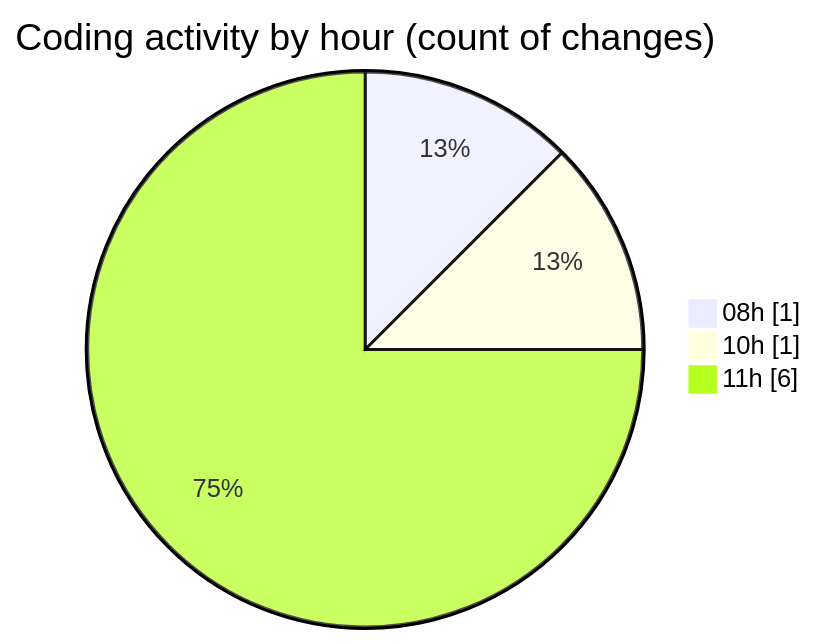
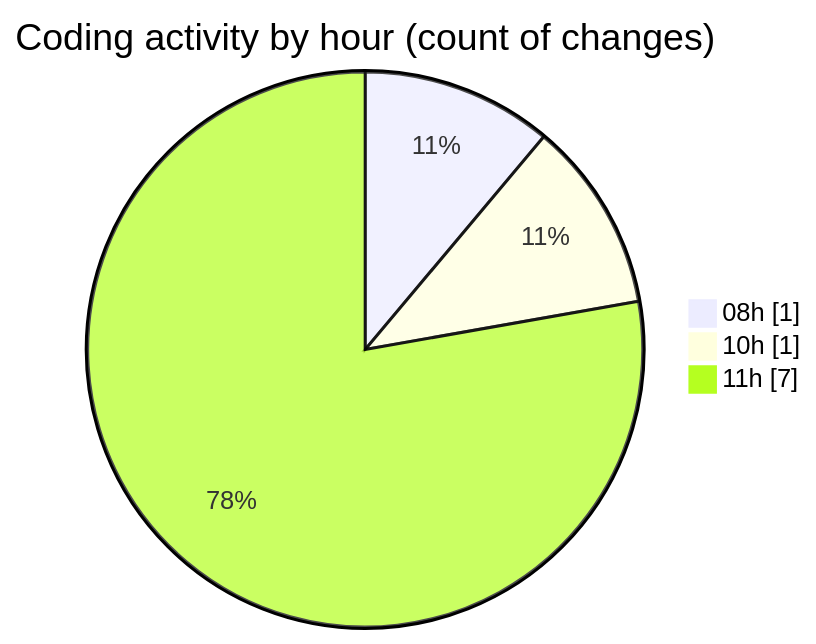
Before and after one commit to ricardozamudiocil/code-tracking: the second of 2 diagrams in 2026-04-07/cilapp/README.md, drawn with Mermaid. The commit also changed other lines of this file and 1 other file, not shown here.

````diff
--- a/2026-04-07/cilapp/README.md
+++ b/2026-04-07/cilapp/README.md
@@ -30,7 +32,7 @@
 ```mermaid
 pie showData
 title Coding activity by hour (count of changes)
 "08h" : 1
 "10h" : 1
-"11h" : 6
+"11h" : 7
 ```
````
